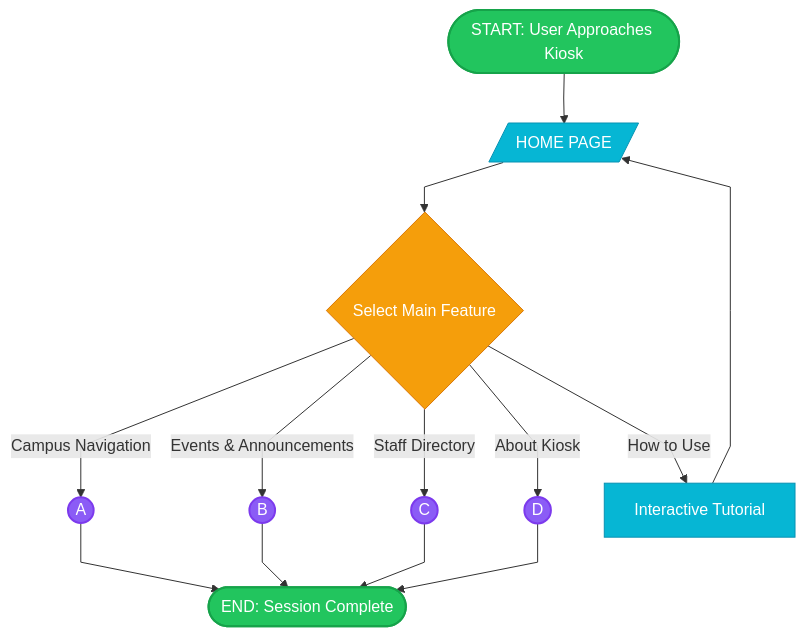
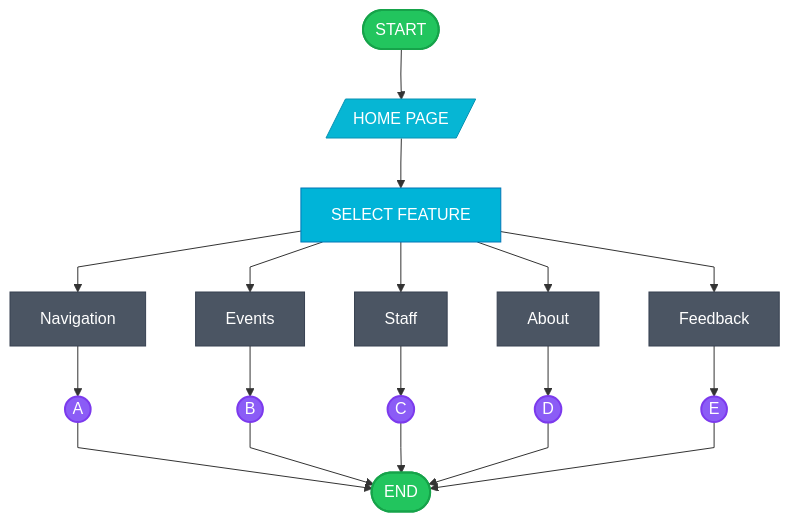
One commit to Yui1003/iCCAT changed the first of 6 diagrams in iCCAT-Academic-Flowcharts-Printable.md. Above: the diagram before and after it, drawn with Mermaid. The commit also changed other lines of this file and 1 other file, not shown here.

First line of the commit message:
Update flowcharts to use binary decisions and academic formatting

````diff
--- a/iCCAT-Academic-Flowcharts-Printable.md
+++ b/iCCAT-Academic-Flowcharts-Printable.md
@@ -11,28 +11,54 @@
 ```mermaid
 %%{init: {'flowchart': {'curve': 'linear', 'nodeSpacing': 50, 'rankSpacing': 50}}}%%
 flowchart TB
-    classDef startEnd fill:#22c55e,stroke:#16a34a,color:#fff,stroke-width:2px
+    classDef startEnd fill:#22c55e,stroke:#16a34a,color:#fff,stroke-width:2px,rx:20,ry:20
+    classDef display fill:#06b6d4,stroke:#0891b2,color:#fff
+    classDef action fill:#00b4d8,stroke:#0077b6,color:#fff
     classDef connector fill:#8b5cf6,stroke:#7c3aed,color:#fff,stroke-width:2px
-    classDef display fill:#06b6d4,stroke:#0891b2,color:#fff
-    classDef decision fill:#f59e0b,stroke:#d97706,color:#fff
+    classDef labelStyle fill:#4b5563,stroke:#374151,color:#fff,stroke-width:1px
     
-    START([START: User Approaches Kiosk]) --> HOME[/HOME PAGE/]
-    HOME --> ACTION{Select Main Feature}
+    START([START])
+    HOME[/HOME PAGE/]
+    SELECT[SELECT FEATURE]
     
-    ACTION -->|Campus Navigation| NAV((A))
-    ACTION -->|Events & Announcements| EVT((B))
-    ACTION -->|Staff Directory| STF((C))
-    ACTION -->|About Kiosk| ABT((D))
-    ACTION -->|How to Use| TTR[Interactive Tutorial]
+    NAV_L[Navigation]
+    EVT_L[Events]
+    STF_L[Staff]
+    ABT_L[About]
+    FDB_L[Feedback]
     
-    TTR --> HOME
-    NAV --> END([END: Session Complete])
-    EVT --> END
-    STF --> END
-    ABT --> END
+    A((A))
+    B((B))
+    C((C))
+    D((D))
+    E((E))
+    
+    END([END])
+
+    START --> HOME
+    HOME --> SELECT
+    
+    SELECT --> NAV_L
+    SELECT --> EVT_L
+    SELECT --> STF_L
+    SELECT --> ABT_L
+    SELECT --> FDB_L
+    
+    NAV_L --> A
+    EVT_L --> B
+    STF_L --> C
+    ABT_L --> D
+    FDB_L --> E
+    
+    A --> END
+    B --> END
+    C --> END
+    D --> END
+    E --> END
 
     class START,END startEnd
-    class NAV,EVT,STF,ABT connector
-    class HOME,TTR display
-    class ACTION decision
+    class HOME display
+    class SELECT action
+    class A,B,C,D,E connector
+    class NAV_L,EVT_L,STF_L,ABT_L,FDB_L labelStyle
 ```
````
